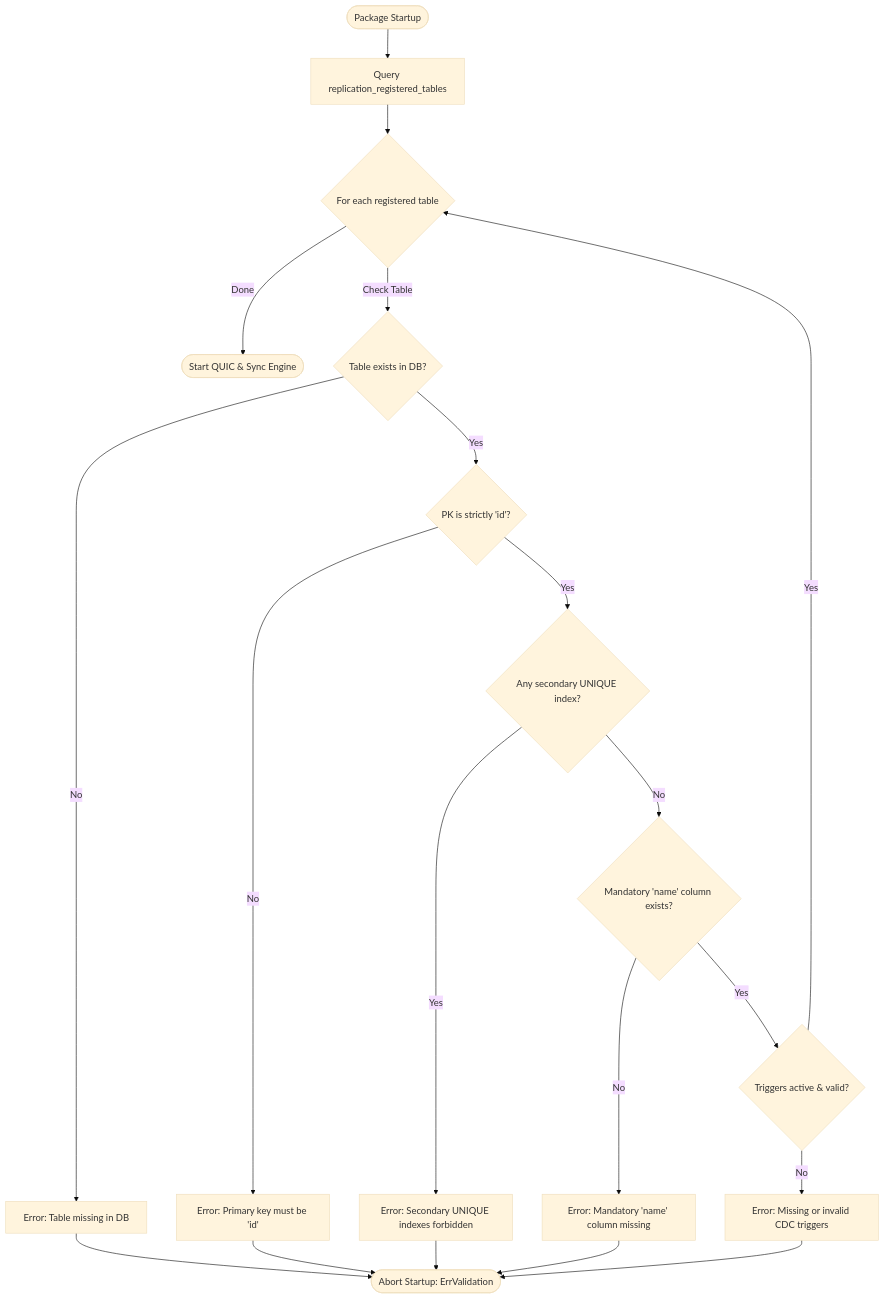
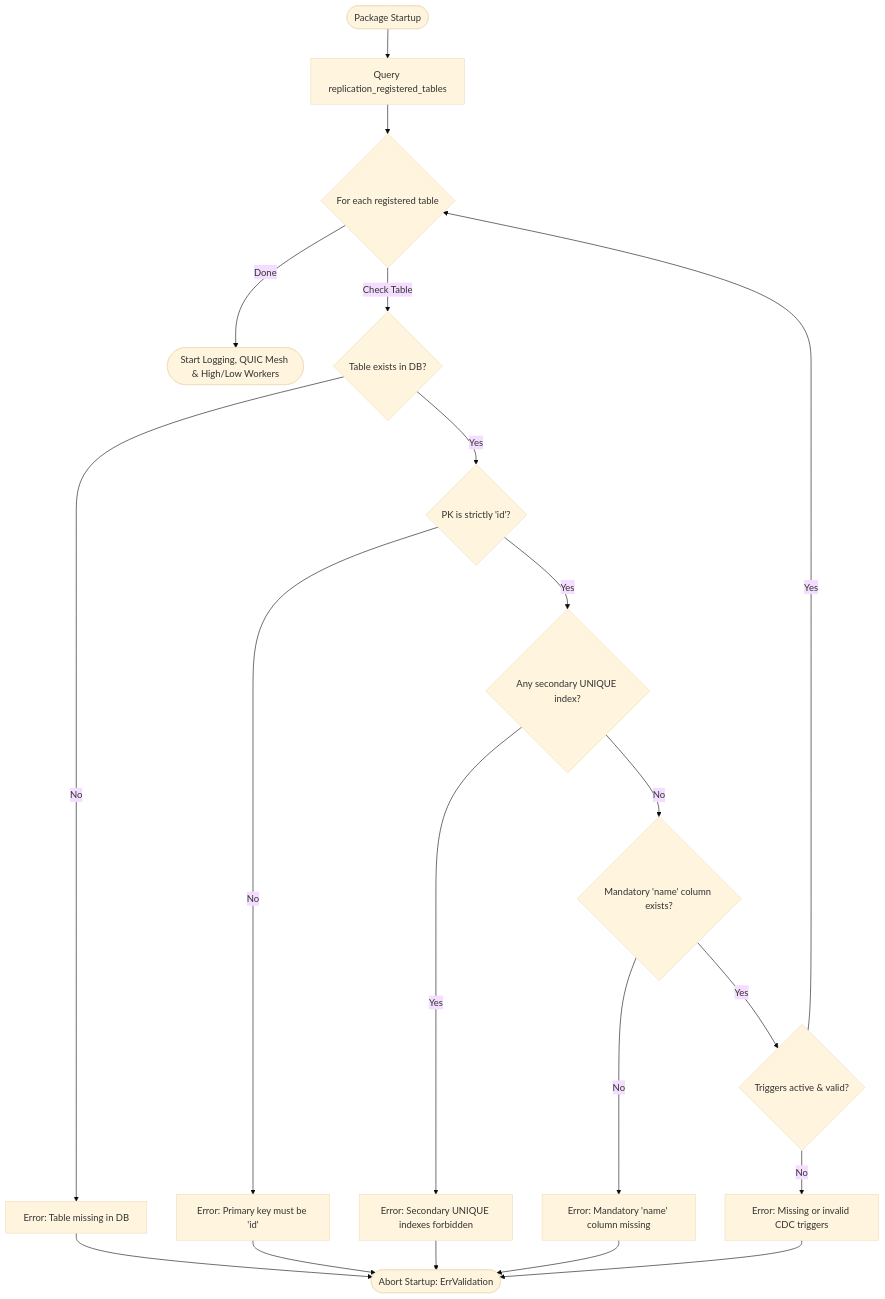
Before and after one commit to marcgauthier/mariamesh: the fifth of 6 diagrams in PLAN.md, drawn with Mermaid (base theme). The commit also changed other lines of this file, not shown here.

Commit message:
Add Galvanize High/Low air-gap cross-domain replication specifications to PLAN.md

````diff
--- a/PLAN.md
+++ b/PLAN.md
@@ -466,28 +572,28 @@
 ```mermaid
 flowchart TD
     Start([Package Startup]) --> FetchTables[Query replication_registered_tables]
     FetchTables --> LoopTables{For each registered table}
-    LoopTables -- Done --> StartReplication([Start QUIC & Sync Engine])
+    LoopTables -- Done --> StartReplication([Start Logging, QUIC Mesh & High/Low Workers])
     LoopTables -- Check Table --> CheckExists{Table exists in DB?}
     
     CheckExists -- No --> ErrMissingTable[Error: Table missing in DB]
     CheckExists -- Yes --> CheckPK{PK is strictly 'id'?}
     
     CheckPK -- No --> ErrInvalidPK[Error: Primary key must be 'id']
     CheckPK -- Yes --> CheckUnique{Any secondary UNIQUE index?}
     
     CheckUnique -- Yes --> ErrUniqueIndex[Error: Secondary UNIQUE indexes forbidden]
     CheckUnique -- No --> CheckNameCol{Mandatory 'name' column exists?}
     
     CheckNameCol -- No --> ErrNameCol[Error: Mandatory 'name' column missing]
     CheckNameCol -- Yes --> CheckTriggers{Triggers active & valid?}
     
     CheckTriggers -- No --> ErrTriggers[Error: Missing or invalid CDC triggers]
     CheckTriggers -- Yes --> LoopTables
 
     ErrMissingTable --> FailFast([Abort Startup: ErrValidation])
     ErrInvalidPK --> FailFast
     ErrUniqueIndex --> FailFast
     ErrNameCol --> FailFast
     ErrTriggers --> FailFast
 ```
````
